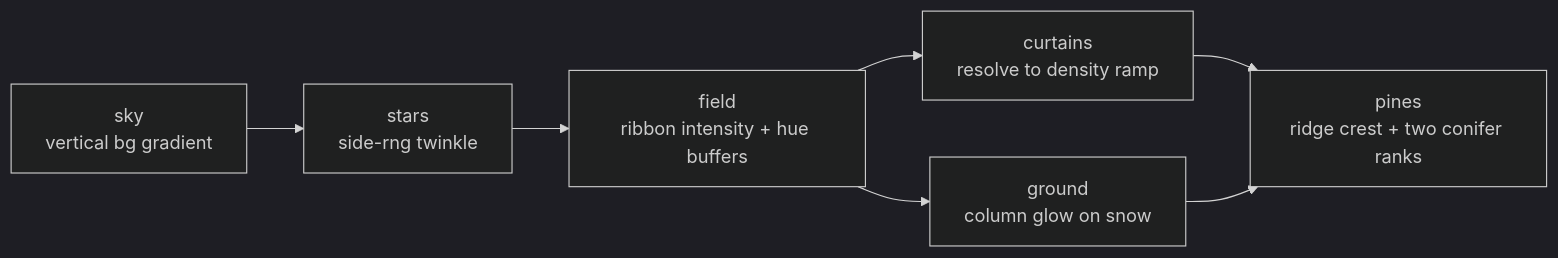
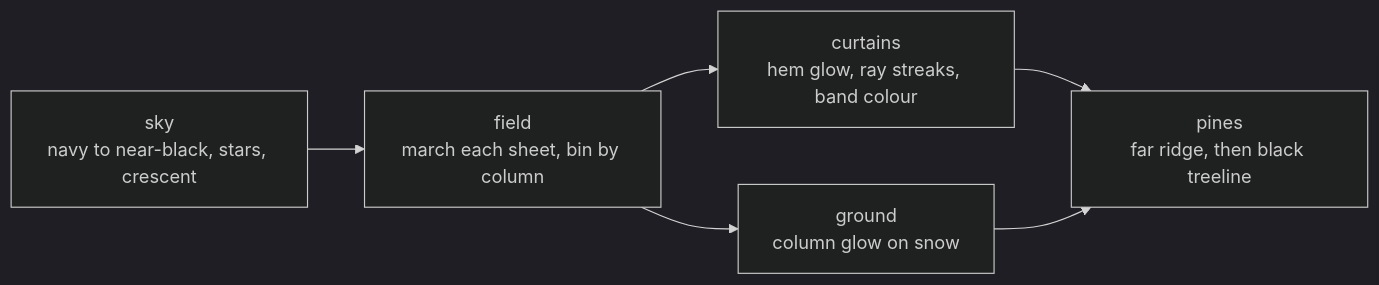
Before and after one commit to hafley66/ascii-renderer: the diagram in briefs/aurora2.md, drawn with Mermaid (dark theme). The commit also changed other lines of this file and 7 other files, not shown here.

````diff
--- a/briefs/aurora2.md
+++ b/briefs/aurora2.md
@@ -15,9 +15,8 @@
 ```mermaid
 flowchart LR
-    sky[sky<br/>vertical bg gradient] --> stars[stars<br/>side-rng twinkle]
-    stars --> field[field<br/>ribbon intensity + hue buffers]
-    field --> curtains[curtains<br/>resolve to density ramp]
+    sky[sky<br/>navy to near-black, stars, crescent] --> field[field<br/>march each sheet, bin by column]
+    field --> curtains[curtains<br/>hem glow, ray streaks, band colour]
     field --> ground[ground<br/>column glow on snow]
-    curtains --> pines[pines<br/>ridge crest + two conifer ranks]
+    curtains --> pines[pines<br/>far ridge, then black treeline]
     ground --> pines
 ```
````
